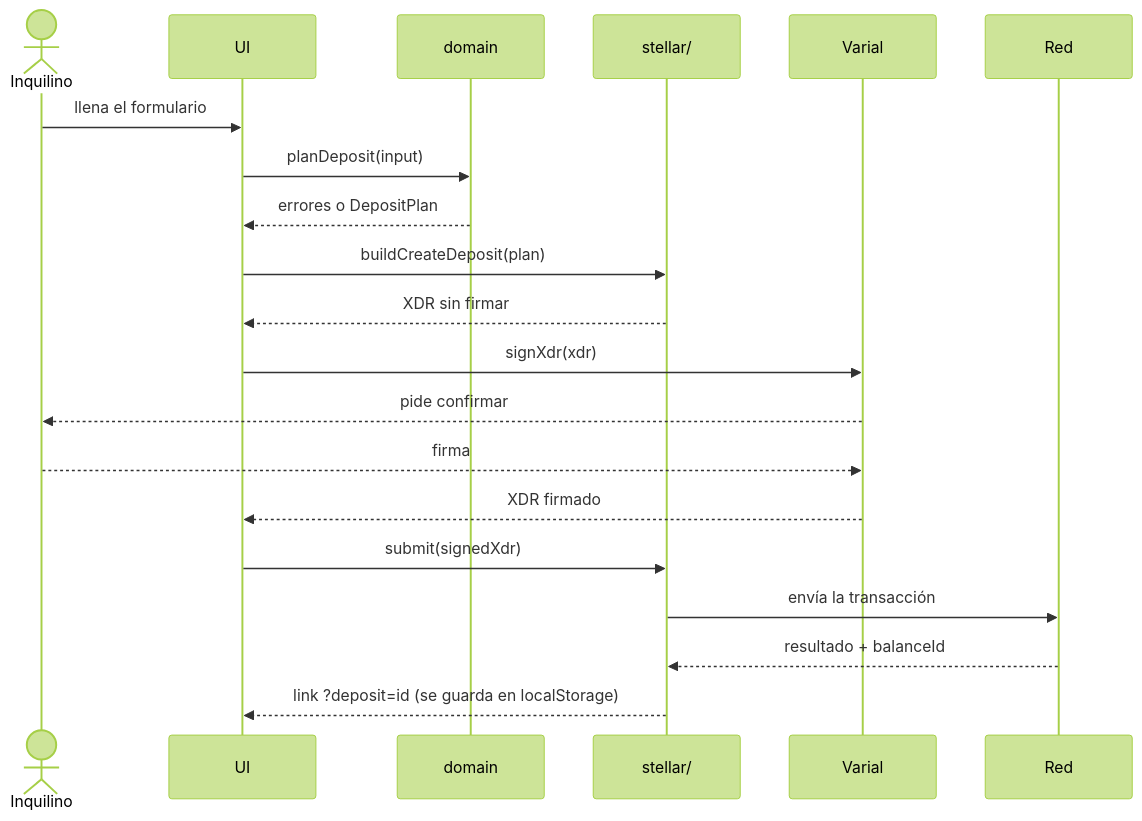
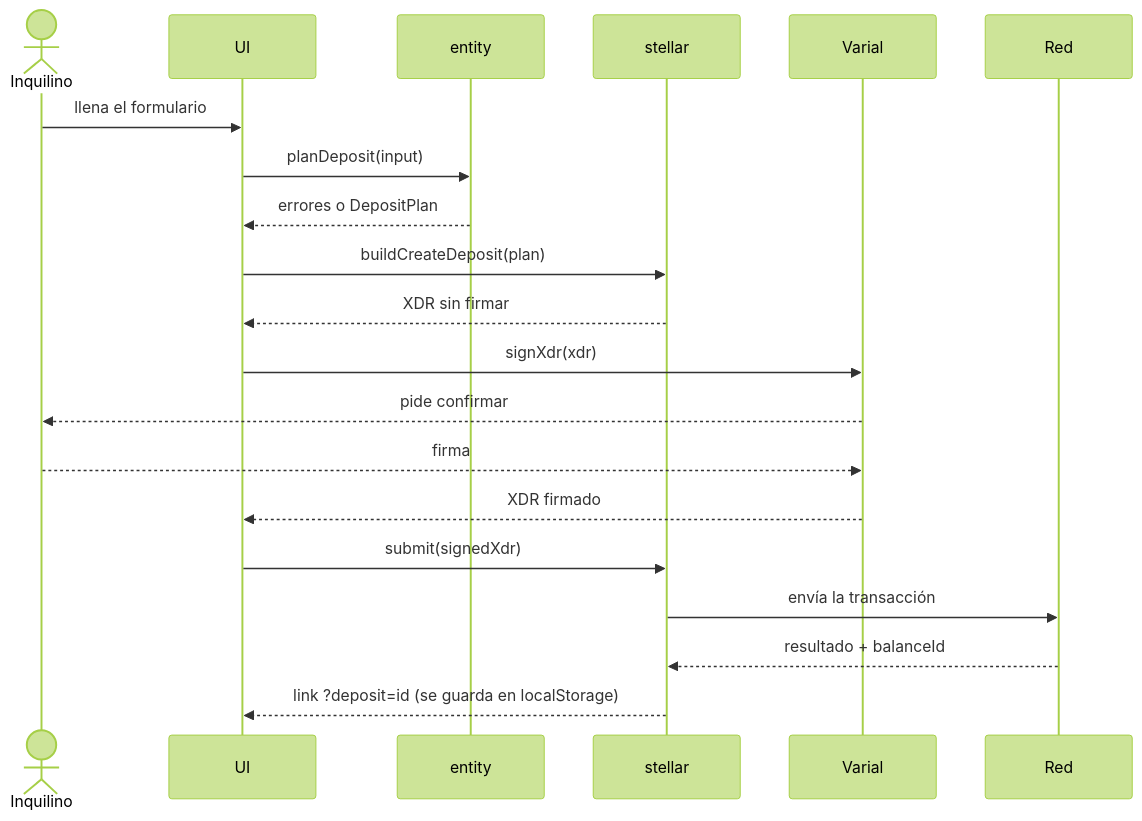
Before and after one commit to Oppia-Software-Labs/Pura-Vida-Bootcamp-1: the second of 4 diagrams in Roney Ruiz/context/structure.md, drawn with Mermaid (forest theme). The commit also changed other lines of this file and 2 other files, not shown here.

````diff
--- a/Roney Ruiz/context/structure.md
+++ b/Roney Ruiz/context/structure.md
@@ -152,23 +155,23 @@
 ```mermaid
 sequenceDiagram
     actor T as Inquilino
     participant UI
-    participant D as domain
-    participant S as stellar/
+    participant D as entity
+    participant S as stellar
     participant W as Varial
     participant N as Red
 
     T->>UI: llena el formulario
     UI->>D: planDeposit(input)
     D-->>UI: errores o DepositPlan
     UI->>S: buildCreateDeposit(plan)
     S-->>UI: XDR sin firmar
     UI->>W: signXdr(xdr)
     W-->>T: pide confirmar
     T-->>W: firma
     W-->>UI: XDR firmado
     UI->>S: submit(signedXdr)
     S->>N: envía la transacción
     N-->>S: resultado + balanceId
     S-->>UI: link ?deposit=id (se guarda en localStorage)
 ```
````
